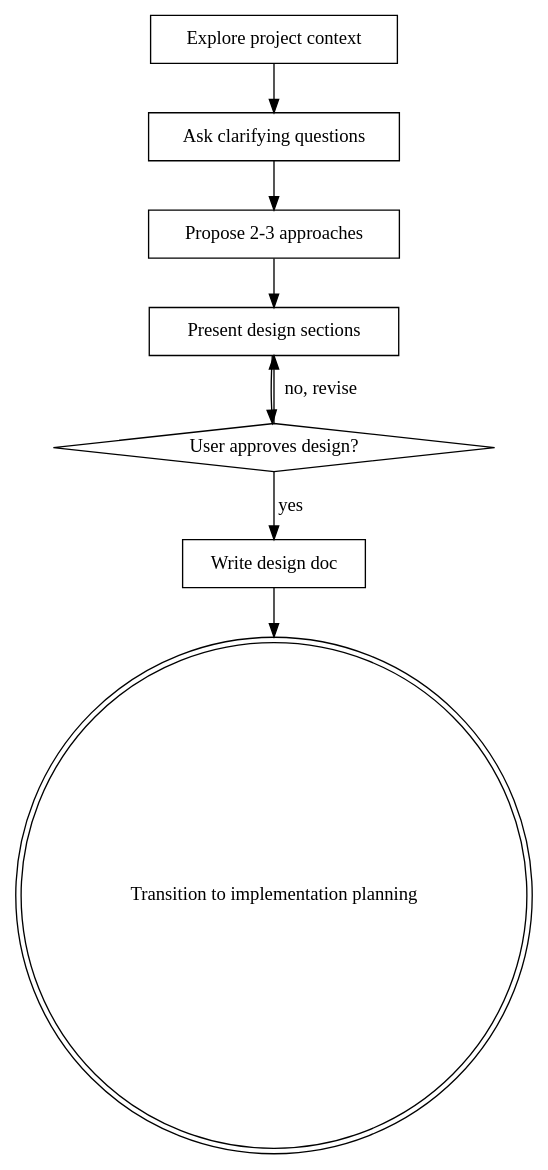
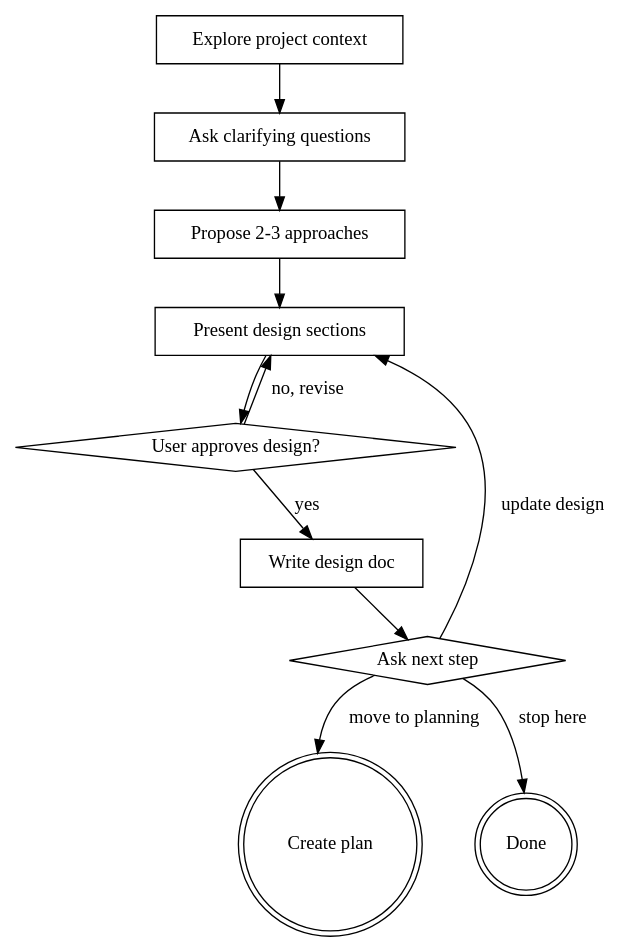
The diagram in claude/skills/brainstorming/SKILL.md (ty91/agentfiles), drawn with Graphviz before and after one commit. The commit also changed other lines of this file and 2 other files, not shown here.

````diff
--- a/claude/skills/brainstorming/SKILL.md
+++ b/claude/skills/brainstorming/SKILL.md
@@ -35,19 +35,24 @@
 ```dot
 digraph brainstorming {
     "Explore project context" [shape=box];
     "Ask clarifying questions" [shape=box];
     "Propose 2-3 approaches" [shape=box];
     "Present design sections" [shape=box];
     "User approves design?" [shape=diamond];
     "Write design doc" [shape=box];
-    "Transition to implementation planning" [shape=doublecircle];
+    "Ask next step" [shape=diamond];
+    "Create plan" [shape=doublecircle];
+    "Done" [shape=doublecircle];
 
     "Explore project context" -> "Ask clarifying questions";
     "Ask clarifying questions" -> "Propose 2-3 approaches";
     "Propose 2-3 approaches" -> "Present design sections";
     "Present design sections" -> "User approves design?";
     "User approves design?" -> "Present design sections" [label="no, revise"];
     "User approves design?" -> "Write design doc" [label="yes"];
-    "Write design doc" -> "Transition to implementation planning";
+    "Write design doc" -> "Ask next step";
+    "Ask next step" -> "Present design sections" [label="update design"];
+    "Ask next step" -> "Create plan" [label="move to planning"];
+    "Ask next step" -> "Done" [label="stop here"];
 }
 ```
````
